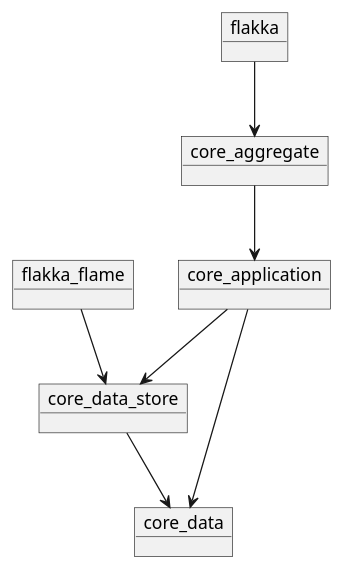
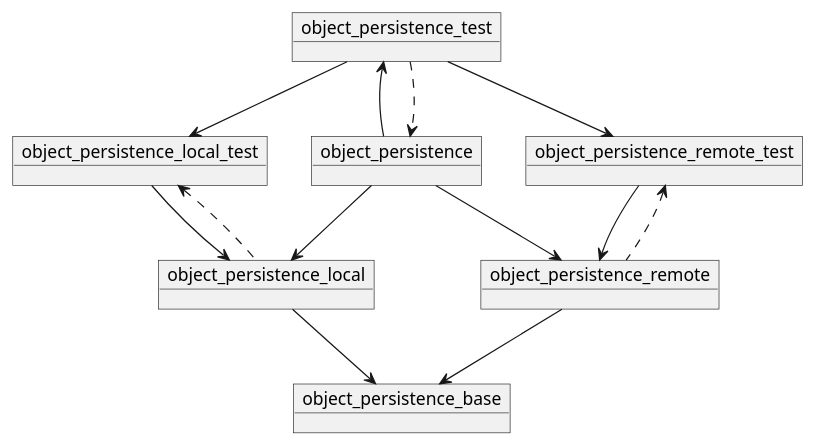
Before and after one commit to bestow-code/flakka: the diagram in packages.puml, drawn with PlantUML. The commit also changed other lines of this file and 218 other files, not shown here.

```diff
--- a/packages.puml
+++ b/packages.puml
@@ -1,15 +3,35 @@
 @startuml
-object flakka
-object flakka_flame
-object core_aggregate
-object core_application
-object core_data_store
-flakka_flame --> core_data_store
-flakka --> core_aggregate
-object core_data
+object object_persistence   
+object object_persistence_base
+object object_persistence_local
+object object_persistence_local_test
+object object_persistence_remote
+object object_persistence_remote_test 
+object object_persistence_test
 
-core_data_store --> core_data
-core_application --> core_data_store
-core_application --> core_data
-core_aggregate --> core_application
+
+object_persistence --> object_persistence_remote
+
+
+object_persistence_remote --> object_persistence_base
+
+
+object_persistence_remote_test --> object_persistence_remote
+object_persistence_remote_test <.. object_persistence_remote
+
+object_persistence_test <-- object_persistence
+object_persistence_test ..> object_persistence
+
+object_persistence_test --> object_persistence_remote_test
+
+object_persistence_local_test --> object_persistence_local
+
+object_persistence_local_test <.. object_persistence_local
+
+object_persistence --> object_persistence_local
+
+object_persistence_local --> object_persistence_base
+
+object_persistence_test --> object_persistence_local_test
+
 @enduml
```
